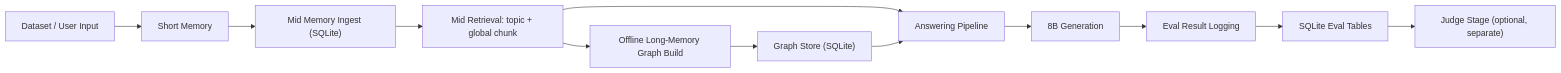
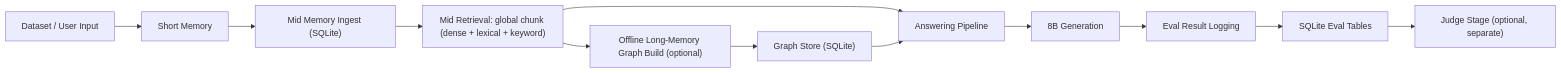
One commit to RCF-117/MemSLM changed the diagram in README.md. Above: the diagram before and after it, drawn with Mermaid. The commit also changed other lines of this file and 17 other files, not shown here.

Commit message:
Refactor mid memory to chunk-first retrieval and update docs

````diff
--- a/README.md
+++ b/README.md
@@ -49,14 +49,14 @@
 ```mermaid
 flowchart LR
     A["Dataset / User Input"] --> B["Short Memory"]
     B --> C["Mid Memory Ingest (SQLite)"]
-    C --> D["Mid Retrieval: topic + global chunk"]
+    C --> D["Mid Retrieval: global chunk (dense + lexical + keyword)"]
     D --> E["Answering Pipeline"]
     E --> F["8B Generation"]
-    D --> G["Offline Long-Memory Graph Build"]
+    D --> G["Offline Long-Memory Graph Build (optional)"]
     G --> H["Graph Store (SQLite)"]
     H --> E
     F --> I["Eval Result Logging"]
     I --> J["SQLite Eval Tables"]
     J --> K["Judge Stage (optional, separate)"]
 ```
````
